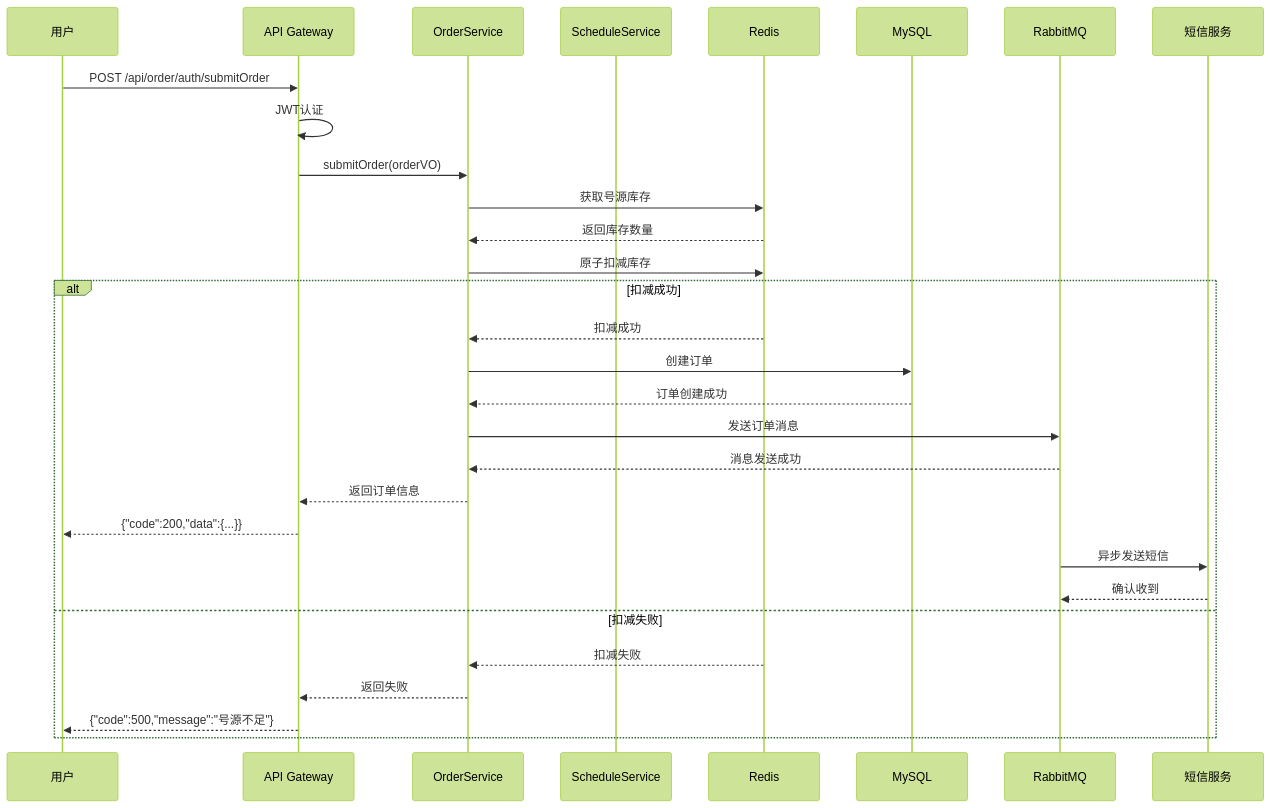
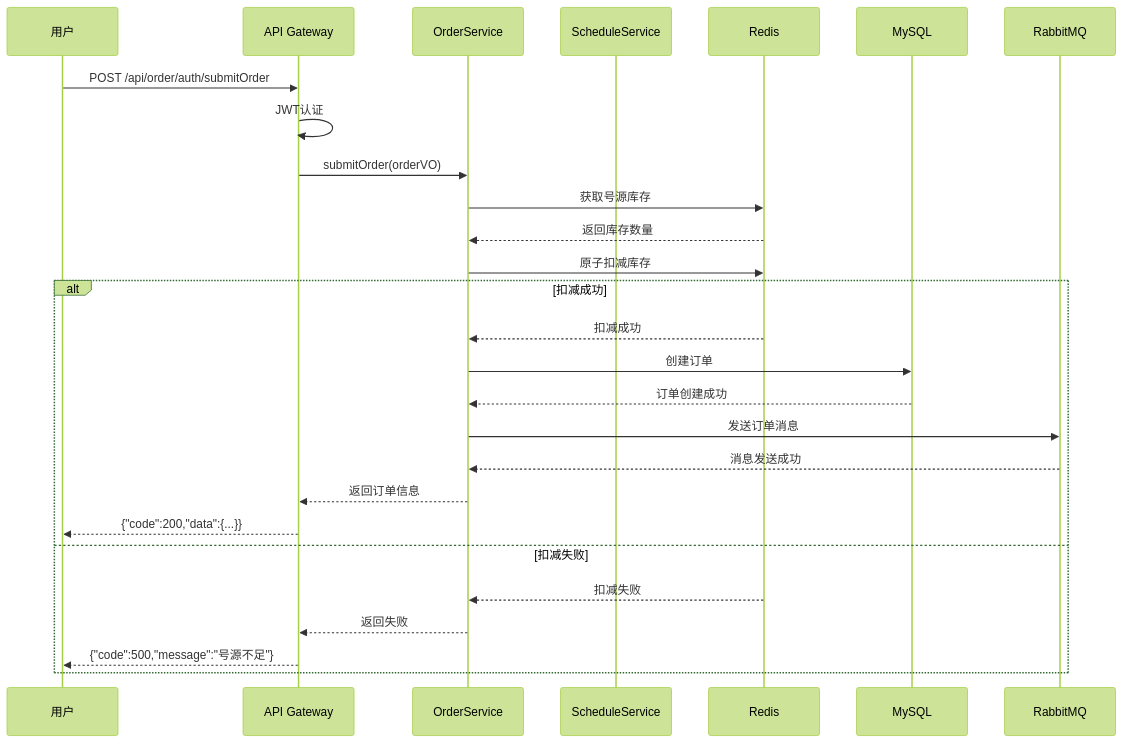
One commit to xxinjie21/yygh_parent changed the first of 2 diagrams in project-documentation/docs/how-to-read-project.md. Above: the diagram before and after it, drawn with Mermaid (forest theme). The commit also changed other lines of this file and 2 other files, not shown here.

````diff
--- a/project-documentation/docs/how-to-read-project.md
+++ b/project-documentation/docs/how-to-read-project.md
@@ -457,40 +502,36 @@
 ```mermaid
 sequenceDiagram
     participant User as 用户
     participant Gateway as API Gateway
     participant Order as OrderService
     participant Schedule as ScheduleService
     participant Redis as Redis
     participant DB as MySQL
     participant RabbitMQ as RabbitMQ
-    participant SMSService as 短信服务
 
     User->>Gateway: POST /api/order/auth/submitOrder
     Gateway->>Gateway: JWT认证
     Gateway->>Order: submitOrder(orderVO)
-    
+
     Order->>Redis: 获取号源库存
     Redis-->>Order: 返回库存数量
-    
+
     Order->>Redis: 原子扣减库存
     alt 扣减成功
         Redis-->>Order: 扣减成功
-        
+
         Order->>DB: 创建订单
         DB-->>Order: 订单创建成功
-        
+
         Order->>RabbitMQ: 发送订单消息
         RabbitMQ-->>Order: 消息发送成功
-        
+
         Order-->>Gateway: 返回订单信息
         Gateway-->>User: {"code":200,"data":{...}}
-        
-        RabbitMQ->>SMSService: 异步发送短信
-        SMSService-->>RabbitMQ: 确认收到
-        
+
     else 扣减失败
         Redis-->>Order: 扣减失败
         Order-->>Gateway: 返回失败
         Gateway-->>User: {"code":500,"message":"号源不足"}
     end
 ```
````
